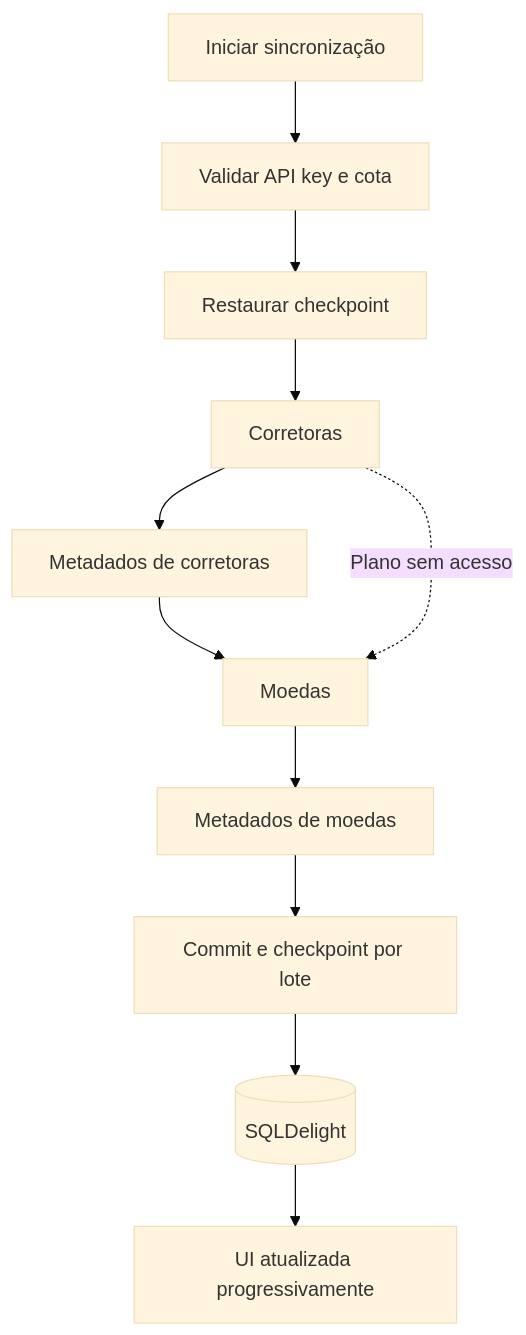
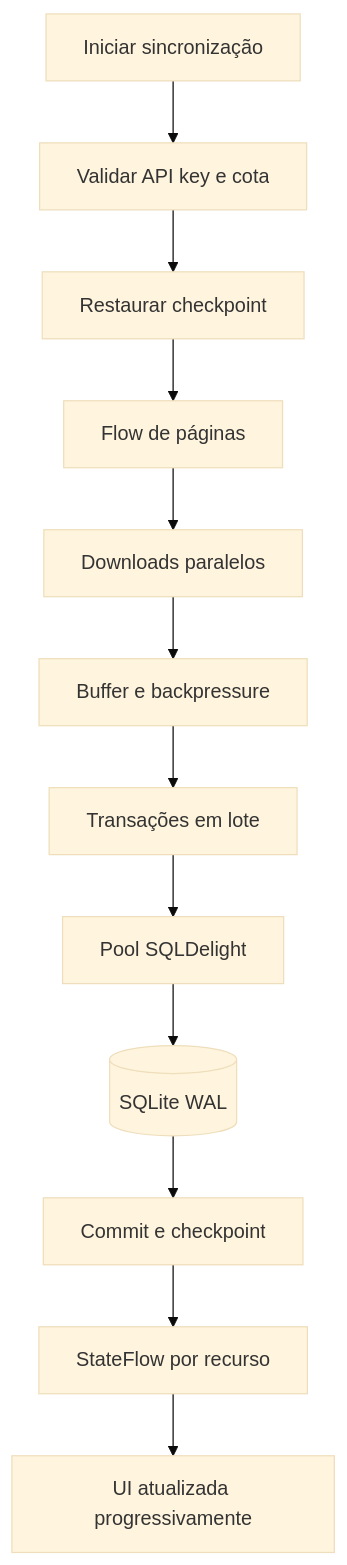
Before and after one commit to ronaldomafra/CryptoView: the second of 2 diagrams in README.md, drawn with Mermaid (base theme). The commit also changed other lines of this file, not shown here.

````diff
--- a/README.md
+++ b/README.md
@@ -76,13 +94,14 @@
 ```mermaid
 flowchart TD
     A[Iniciar sincronização] --> B[Validar API key e cota]
     B --> C[Restaurar checkpoint]
-    C --> D[Corretoras]
-    D --> E[Metadados de corretoras]
-    E --> F[Moedas]
-    D -. Plano sem acesso .-> F
-    F --> G[Metadados de moedas]
-    G --> H[Commit e checkpoint por lote]
-    H --> I[(SQLDelight)]
-    I --> J[UI atualizada progressivamente]
+    C --> D[Flow de páginas]
+    D --> E[Downloads paralelos]
+    E --> F[Buffer e backpressure]
+    F --> G[Transações em lote]
+    G --> H[Pool SQLDelight]
+    H --> I[(SQLite WAL)]
+    I --> J[Commit e checkpoint]
+    J --> K[StateFlow por recurso]
+    K --> L[UI atualizada progressivamente]
 ```
````
